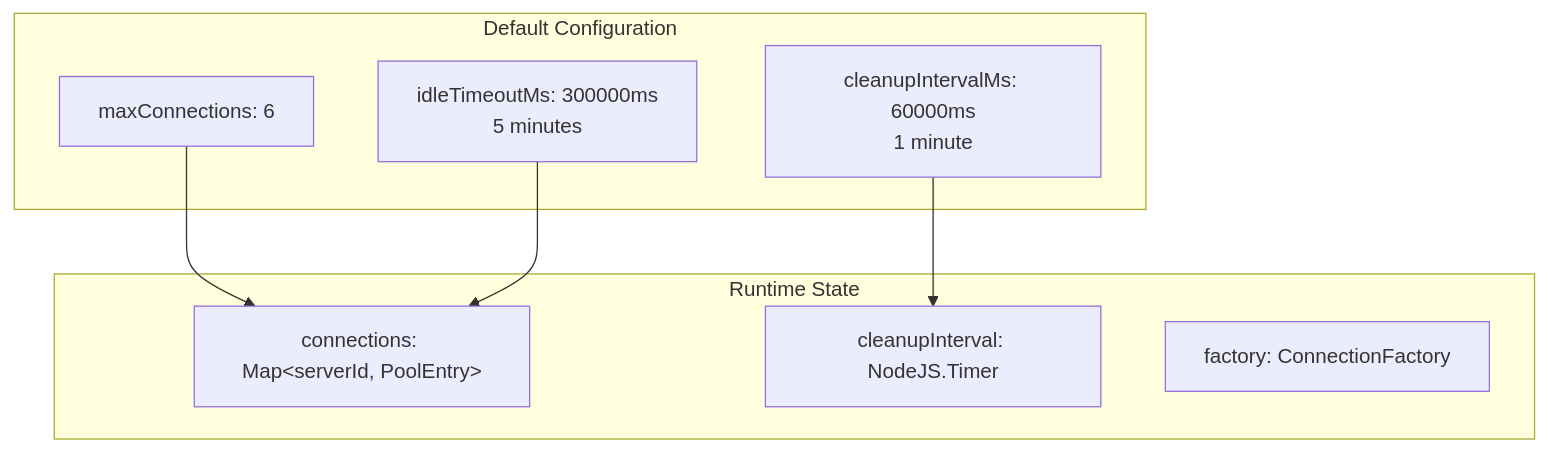
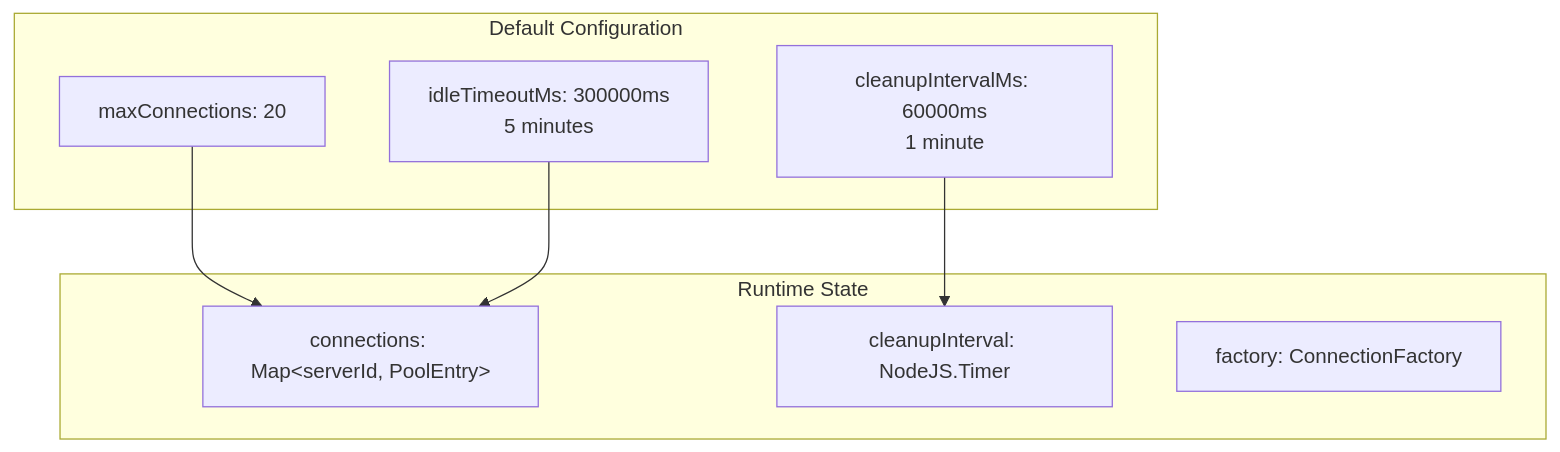
Before and after one commit to blueman82/mcp-exec: the second of 12 diagrams in projects/meta-mcp-server/docs/diagrams/05-server-pool-architecture.md, drawn with Mermaid. The commit also changed other lines of this file and 6 other files, not shown here.

Commit message:
fix: Correct maxConnections default value from 6 to 20 in all diagrams

````diff
--- a/projects/meta-mcp-server/docs/diagrams/05-server-pool-architecture.md
+++ b/projects/meta-mcp-server/docs/diagrams/05-server-pool-architecture.md
@@ -82,18 +82,18 @@
 ```mermaid
 graph TB
     subgraph "Default Configuration"
-        MAX[maxConnections: 6]
+        MAX[maxConnections: 20]
         IDLE[idleTimeoutMs: 300000ms<br/>5 minutes]
         CLEANUP[cleanupIntervalMs: 60000ms<br/>1 minute]
     end
 
     subgraph "Runtime State"
         MAP[connections: Map&lt;serverId, PoolEntry&gt;]
         TIMER[cleanupInterval: NodeJS.Timer]
         FACTORY[factory: ConnectionFactory]
     end
 
     MAX --> MAP
     IDLE --> MAP
     CLEANUP --> TIMER
 ```
````
